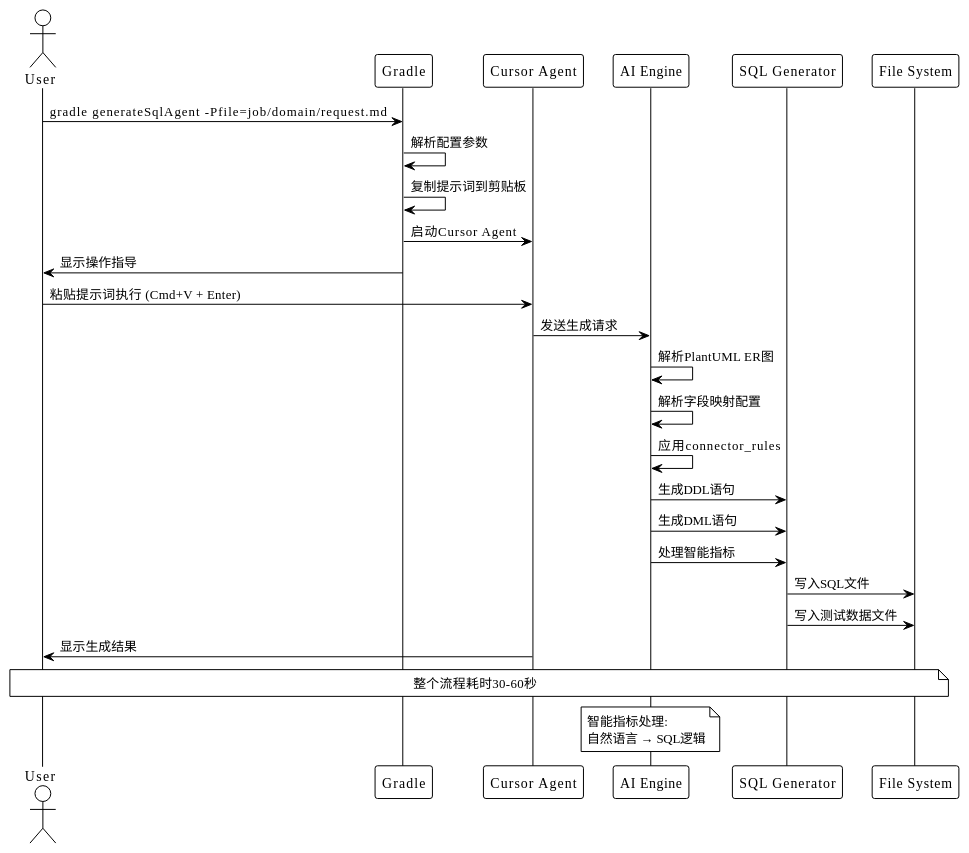
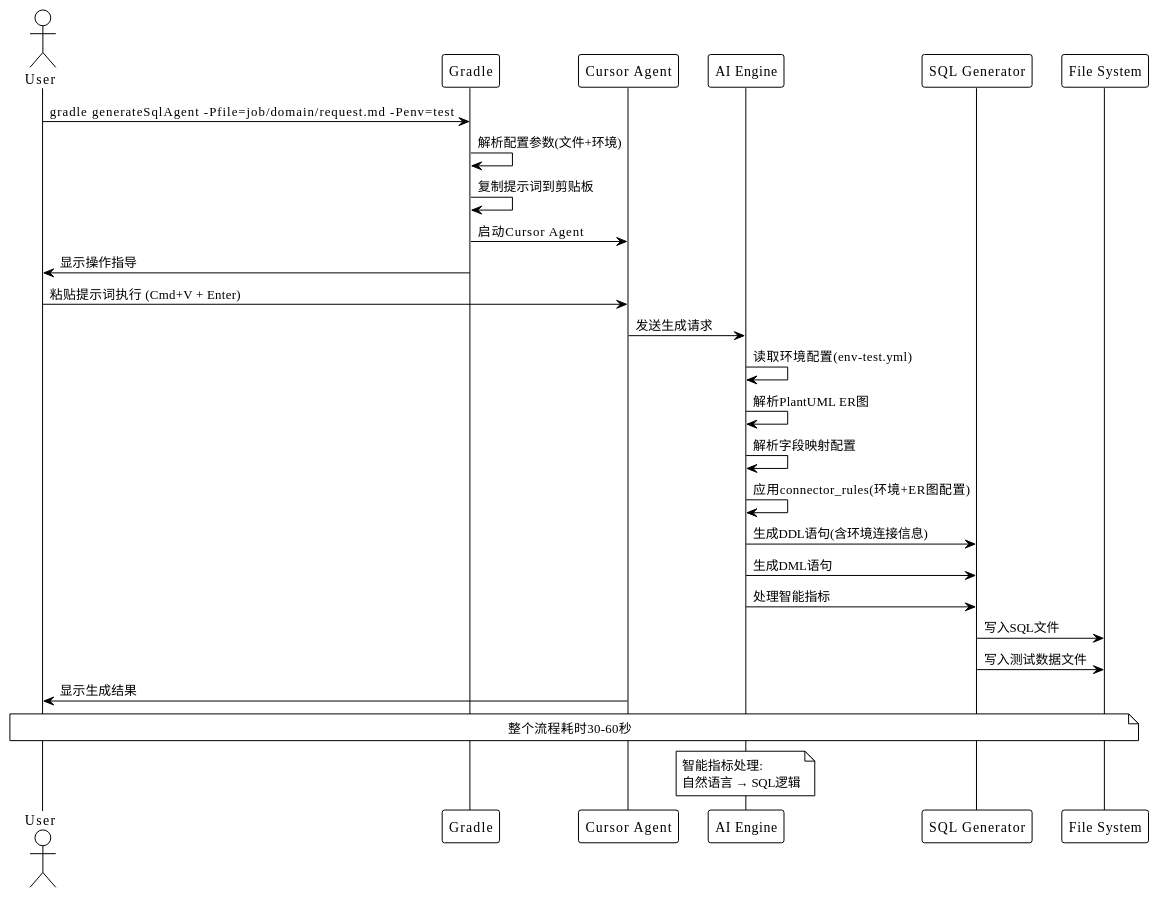
The second of 2 diagrams in docs/系统架构说明文档.md (velamen-L/flink-task), drawn with PlantUML before and after one commit. The commit also changed other lines of this file and 12 other files, not shown here.

````diff
--- a/docs/系统架构说明文档.md
+++ b/docs/系统架构说明文档.md
@@ -106,35 +111,36 @@
 ```plantuml
 @startuml
 !theme plain
 skinparam backgroundColor white
 
 actor User as user
 participant "Gradle" as gradle
 participant "Cursor Agent" as agent
 participant "AI Engine" as ai
 participant "SQL Generator" as sql_gen
 participant "File System" as fs
 
-user -> gradle: gradle generateSqlAgent -Pfile=job/domain/request.md
-gradle -> gradle: 解析配置参数
+user -> gradle: gradle generateSqlAgent -Pfile=job/domain/request.md -Penv=test
+gradle -> gradle: 解析配置参数(文件+环境)
 gradle -> gradle: 复制提示词到剪贴板
 gradle -> agent: 启动Cursor Agent
 gradle -> user: 显示操作指导
 
 user -> agent: 粘贴提示词执行 (Cmd+V + Enter)
 agent -> ai: 发送生成请求
+ai -> ai: 读取环境配置(env-test.yml)
 ai -> ai: 解析PlantUML ER图
 ai -> ai: 解析字段映射配置
-ai -> ai: 应用connector_rules
-ai -> sql_gen: 生成DDL语句
+ai -> ai: 应用connector_rules(环境+ER图配置)
+ai -> sql_gen: 生成DDL语句(含环境连接信息)
 ai -> sql_gen: 生成DML语句
 ai -> sql_gen: 处理智能指标
 sql_gen -> fs: 写入SQL文件
 sql_gen -> fs: 写入测试数据文件
 agent -> user: 显示生成结果
 
 note over user, fs: 整个流程耗时30-60秒
 note over ai: 智能指标处理:\n自然语言 → SQL逻辑
 
 @enduml
 ```
````
